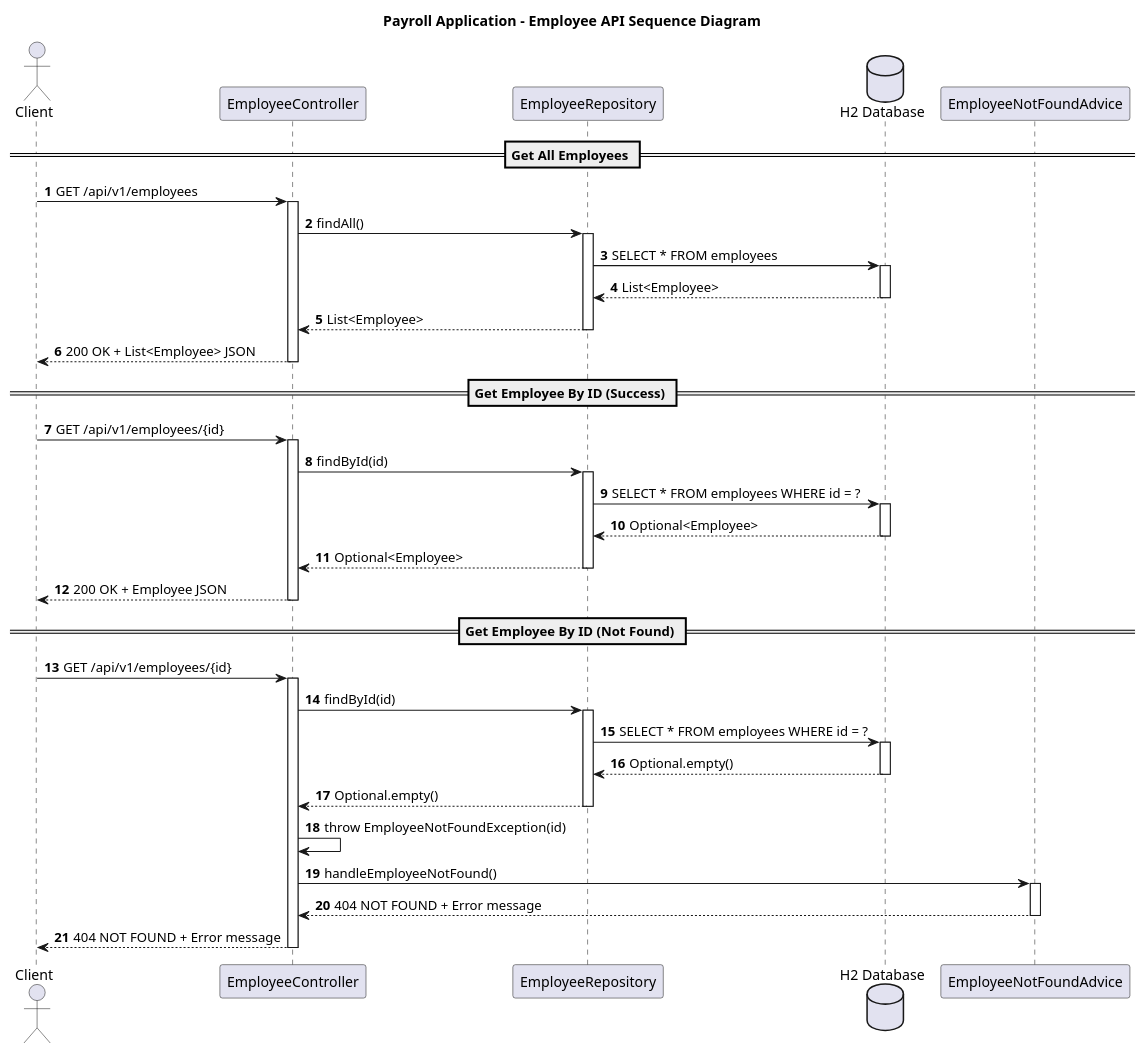
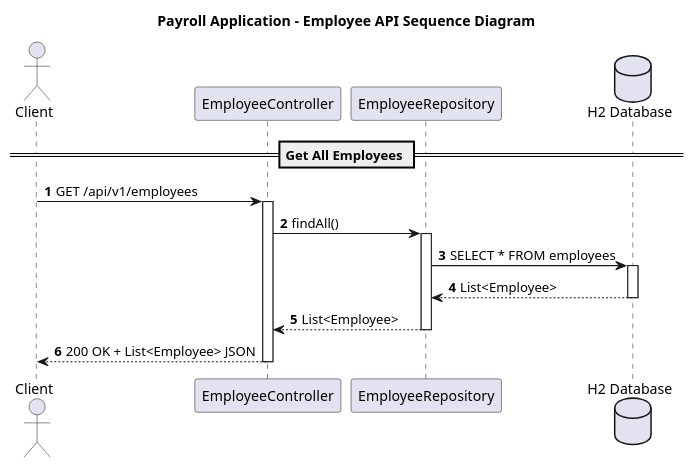
One commit to Robi2004/payroll-start-point changed the diagram in docs/Sequence.puml. Above: the diagram before and after it, drawn with PlantUML.

Commit message:
docs edit diagram sequence

```diff
--- a/docs/Sequence.puml
+++ b/docs/Sequence.puml
@@ -1,64 +1,28 @@
 @startuml
 'https://plantuml.com/sequence-diagram
 
 title Payroll Application - Employee API Sequence Diagram
 
 autonumber
 
 actor Client
 participant "EmployeeController" as Controller
 participant "EmployeeRepository" as Repository
 database "H2 Database" as DB
-participant "EmployeeNotFoundAdvice" as Advice
 
 == Get All Employees ==
 
 Client -> Controller: GET /api/v1/employees
 activate Controller
 Controller -> Repository: findAll()
 activate Repository
 Repository -> DB: SELECT * FROM employees
 activate DB
 DB --> Repository: List<Employee>
 deactivate DB
 Repository --> Controller: List<Employee>
 deactivate Repository
 Controller --> Client: 200 OK + List<Employee> JSON
 deactivate Controller
 
-== Get Employee By ID (Success) ==
-
-Client -> Controller: GET /api/v1/employees/{id}
-activate Controller
-Controller -> Repository: findById(id)
-activate Repository
-Repository -> DB: SELECT * FROM employees WHERE id = ?
-activate DB
-DB --> Repository: Optional<Employee>
-deactivate DB
-Repository --> Controller: Optional<Employee>
-deactivate Repository
-Controller --> Client: 200 OK + Employee JSON
-deactivate Controller
-
-== Get Employee By ID (Not Found) ==
-
-Client -> Controller: GET /api/v1/employees/{id}
-activate Controller
-Controller -> Repository: findById(id)
-activate Repository
-Repository -> DB: SELECT * FROM employees WHERE id = ?
-activate DB
-DB --> Repository: Optional.empty()
-deactivate DB
-Repository --> Controller: Optional.empty()
-deactivate Repository
-Controller -> Controller: throw EmployeeNotFoundException(id)
-Controller -> Advice: handleEmployeeNotFound()
-activate Advice
-Advice --> Controller: 404 NOT FOUND + Error message
-deactivate Advice
-Controller --> Client: 404 NOT FOUND + Error message
-deactivate Controller
-
 @enduml
```
